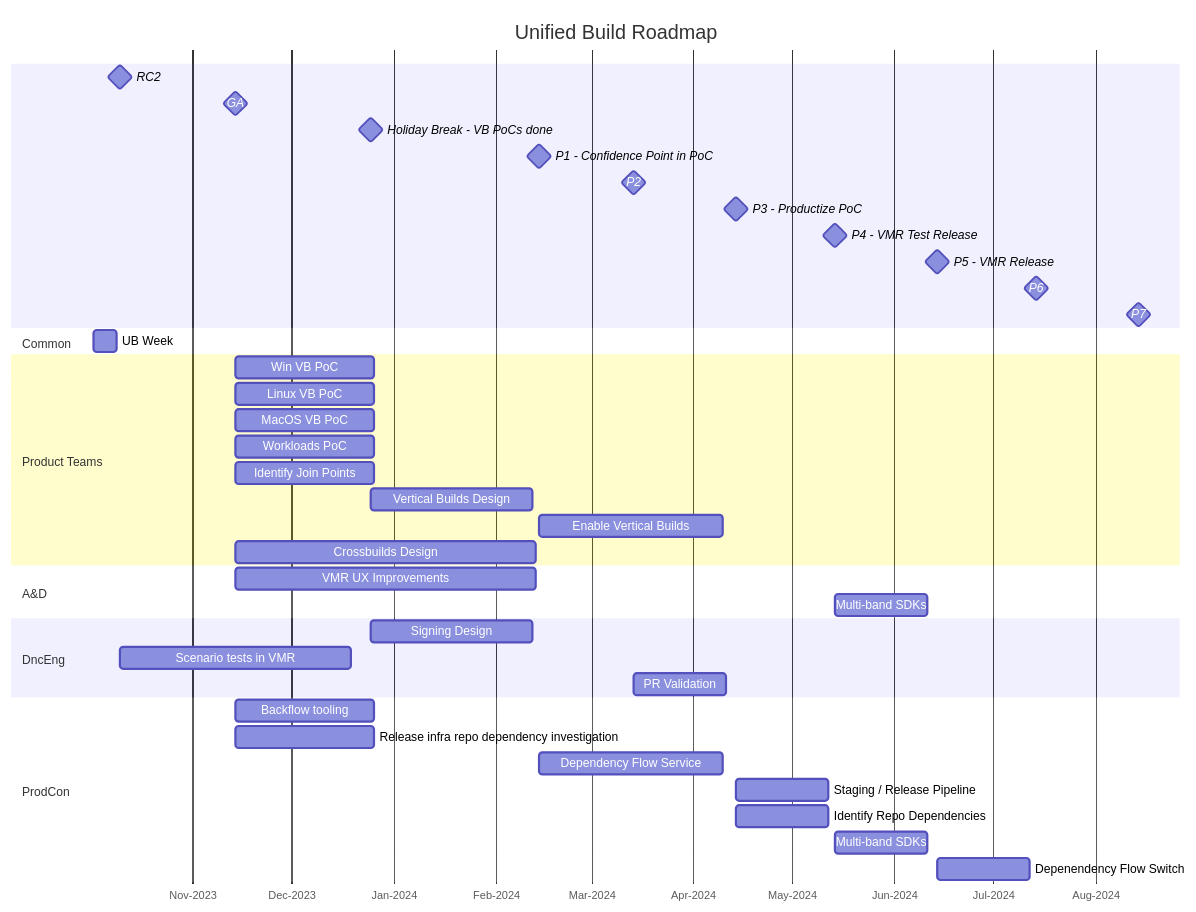
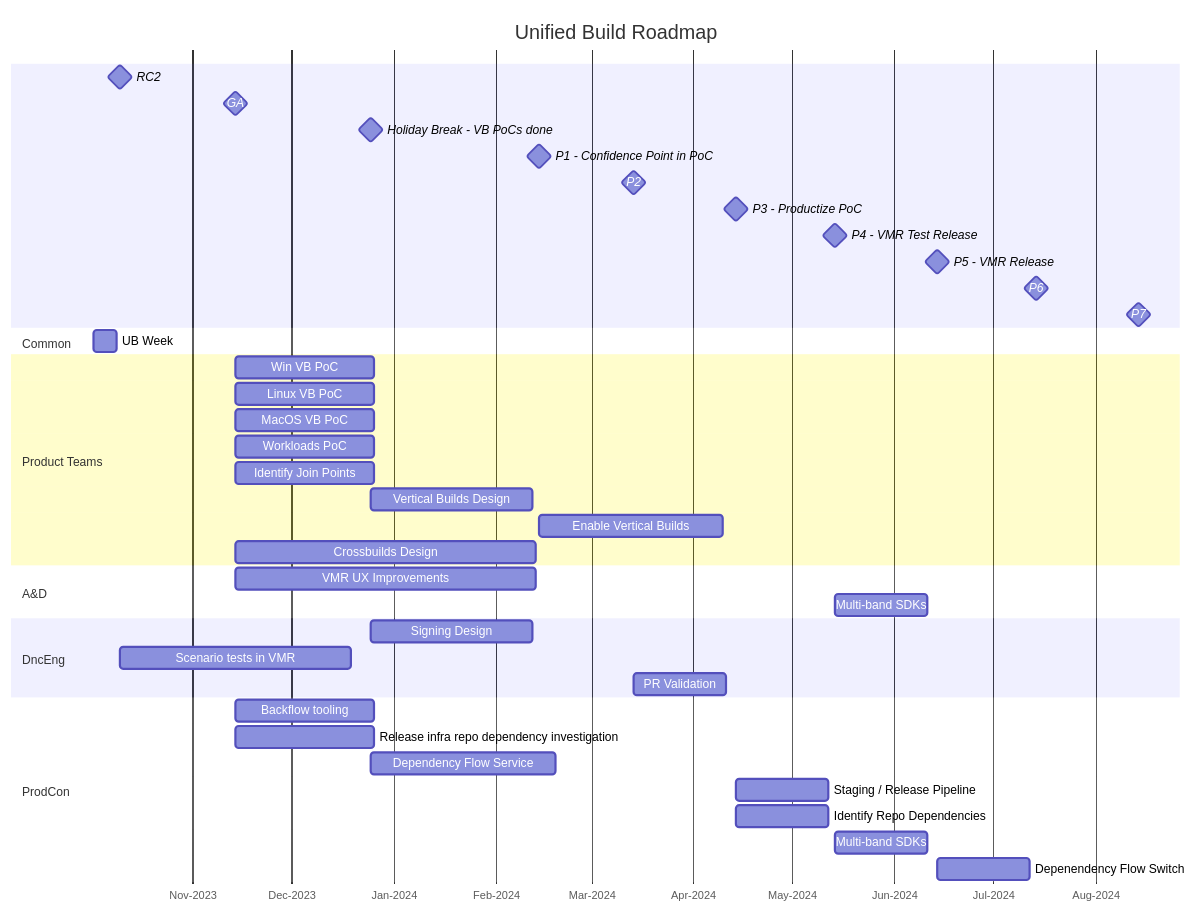
The diagram in Documentation/UnifiedBuild/UB-Roadmap-Gantt.md (dotnet/arcade), drawn with Mermaid before and after one commit.

Commit message:
UB-Roadmap-Gantt.md update (dep flow service plan)

````diff
--- a/Documentation/UnifiedBuild/UB-Roadmap-Gantt.md
+++ b/Documentation/UnifiedBuild/UB-Roadmap-Gantt.md
@@ -3,47 +3,47 @@
 ```mermaid
 gantt
     title Unified Build Roadmap
     axisFormat %b-%Y
     RC2: milestone, net8-rc2, 2023-10-10, 0
     GA: milestone, net8-ga, 2023-11-14, 0
     Holiday Break - VB PoCs done: milestone, holiday, 2023-12-25, 0
     %% delta between Holiday and P1 is 7w
     P1 - Confidence Point in PoC: milestone, net9-p1, 2024-02-14, 0
     P2: milestone, net9-p2, 2024-03-14, 0
     P3 - Productize PoC: milestone, net9-p3, 2024-04-14, 0
     P4 - VMR Test Release: milestone, net9-p4, 2024-05-14, 0
     P5 - VMR Release: milestone, net9-p5, 2024-06-14, 0
     P6: milestone, net9-p6, 2024-07-14, 0
     P7: milestone, net9-p7, 2024-08-14, 0
  
     section Common
         UB Week: ub-week, 2023-10-02, 1w
 
     section Product Teams
         Win VB PoC: after net8-ga, 6w
         Linux VB PoC: after net8-ga, 6w
         MacOS VB PoC: after net8-ga, 6w
         Workloads PoC: after net8-ga, 6w
         Identify Join Points: after net8-ga, 6w
         Vertical Builds Design: after holiday, 7w
         Enable Vertical Builds: after net9-p1, 8w
         Crossbuilds Design: after net8-ga, 13w
 
     section A&D
         VMR UX Improvements: after net8-ga, 13w
         Multi-band SDKs: after net9-p4, 4w
 
     section DncEng
         Signing Design: after holiday, 7w
         Scenario tests in VMR: after net8-rc2, 10w
         PR Validation: after net9-p2, 4w
 
     section ProdCon
         Backflow tooling: after net8-ga, 6w
         Release infra repo dependency investigation: after net8-ga, 6w
-        Dependency Flow Service: after net9-p1, 8w
+        Dependency Flow Service: after holiday, 8w
         Staging / Release Pipeline: after net9-p3, 4w
         Identify Repo Dependencies: after net9-p3, 4w
         Multi-band SDKs: after net9-p4, 4w
         Depenendency Flow Switch: after net9-p5, 4w
 ```
````
